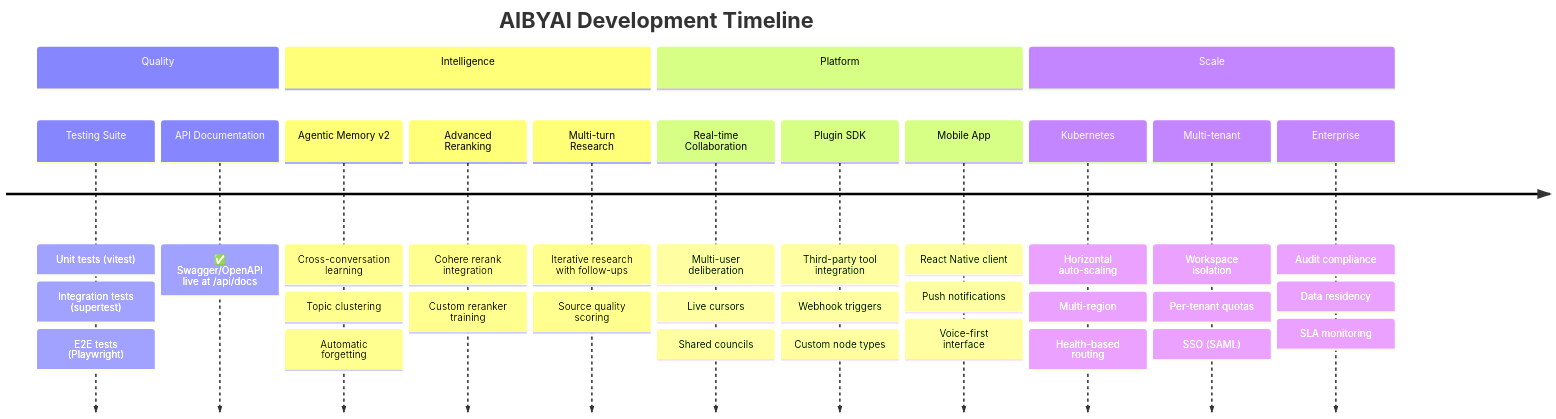
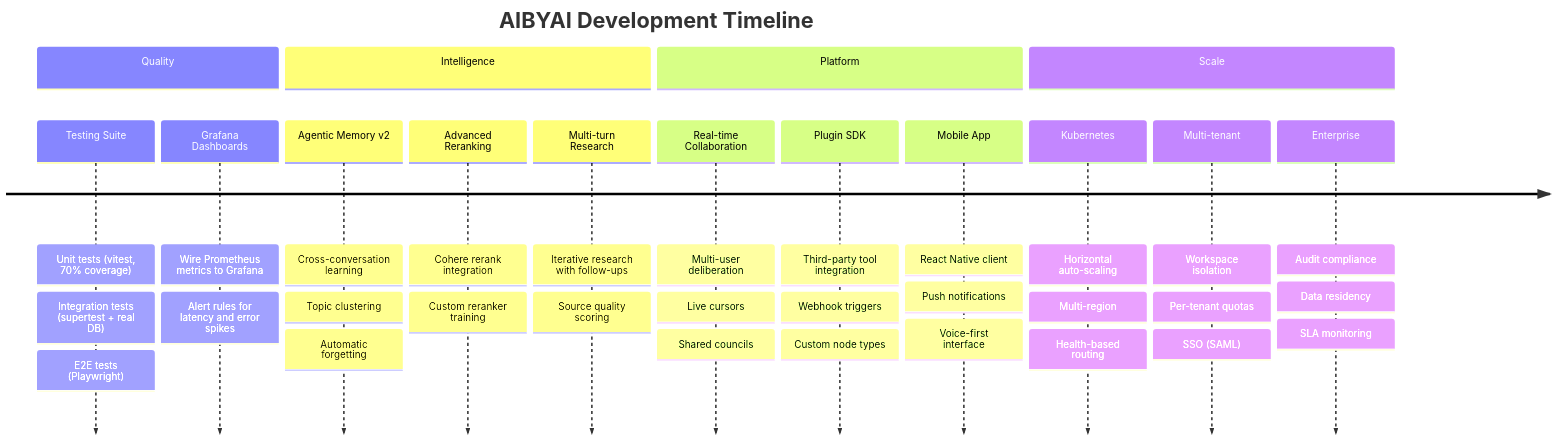
The second of 5 diagrams in ROADMAP.md (Yash-Awasthi/Judica), drawn with Mermaid before and after one commit. The commit also changed other lines of this file and 7 other files, not shown here.

````diff
--- a/ROADMAP.md
+++ b/ROADMAP.md
@@ -43,19 +63,19 @@
 ```mermaid
 timeline
     title AIBYAI Development Timeline
     section Quality
-        Testing Suite : Unit tests (vitest) : Integration tests (supertest) : E2E tests (Playwright)
-        API Documentation : ✅ Swagger/OpenAPI live at /api/docs
+        Testing Suite : Unit tests (vitest, 70% coverage) : Integration tests (supertest + real DB) : E2E tests (Playwright)
+        Grafana Dashboards : Wire Prometheus metrics to Grafana : Alert rules for latency and error spikes
     section Intelligence
         Agentic Memory v2 : Cross-conversation learning : Topic clustering : Automatic forgetting
         Advanced Reranking : Cohere rerank integration : Custom reranker training
         Multi-turn Research : Iterative research with follow-ups : Source quality scoring
     section Platform
         Real-time Collaboration : Multi-user deliberation : Live cursors : Shared councils
         Plugin SDK : Third-party tool integration : Webhook triggers : Custom node types
         Mobile App : React Native client : Push notifications : Voice-first interface
     section Scale
         Kubernetes : Horizontal auto-scaling : Multi-region : Health-based routing
         Multi-tenant : Workspace isolation : Per-tenant quotas : SSO (SAML)
         Enterprise : Audit compliance : Data residency : SLA monitoring
 ```
````
